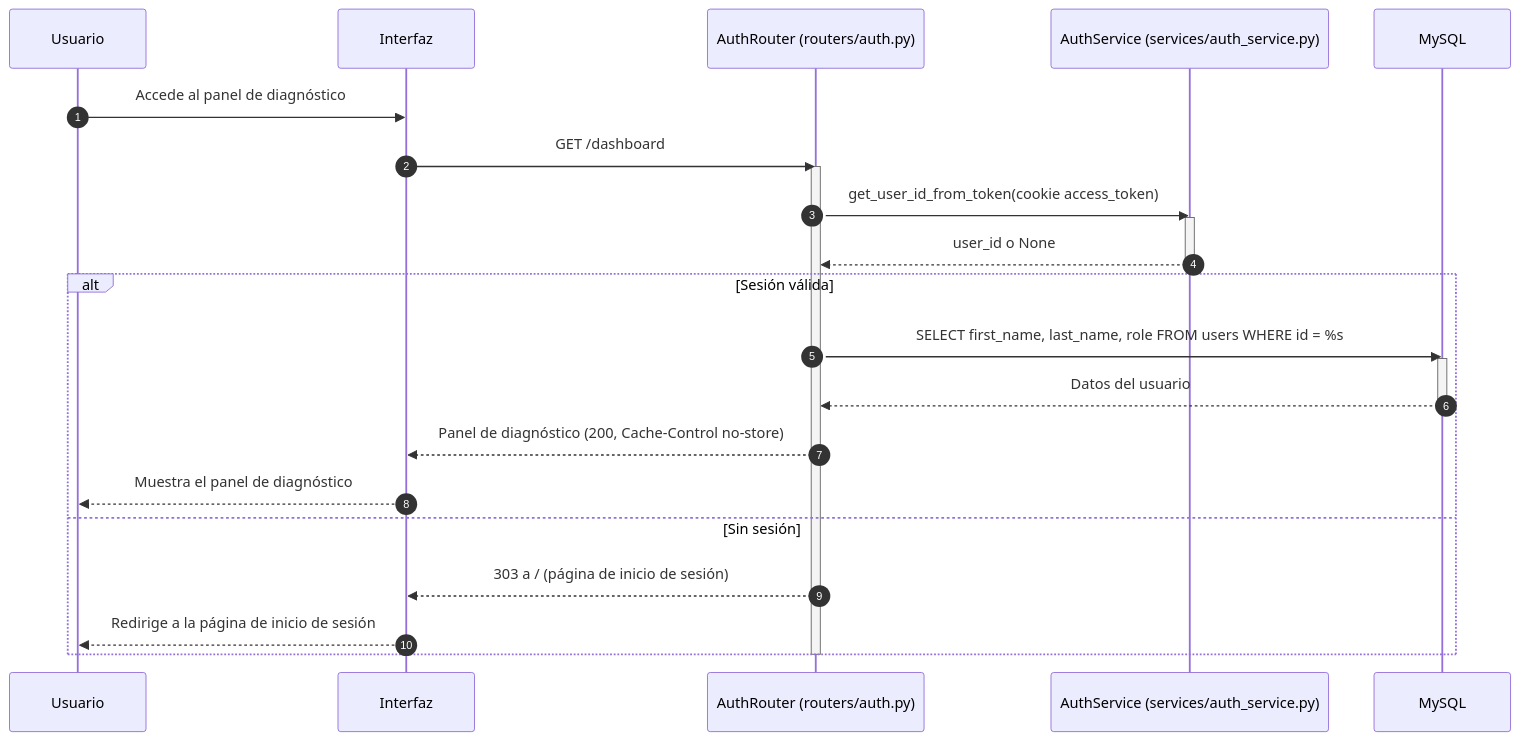
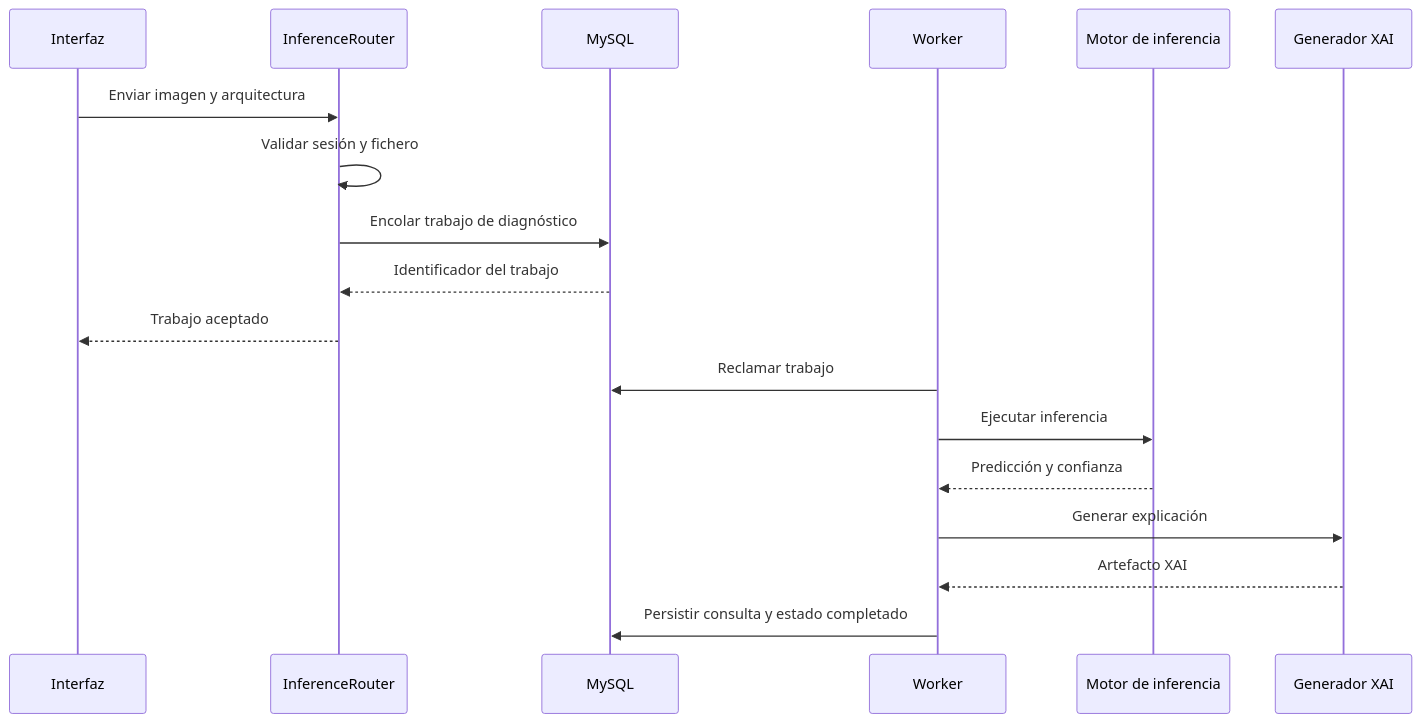
The second of 6 diagrams in Documentacion/Capitulo20_Diseno_de_Casos_de_Uso.md (eLeCe2611/vitalXAI), drawn with Mermaid before and after one commit. The commit also changed other lines of this file and 42 other files, not shown here.

````diff
--- a/Documentacion/Capitulo20_Diseno_de_Casos_de_Uso.md
+++ b/Documentacion/Capitulo20_Diseno_de_Casos_de_Uso.md
@@ -410,29 +51,20 @@
 ```mermaid
 sequenceDiagram
-    autonumber
-    participant U as Usuario
     participant I as Interfaz
-    participant R as AuthRouter (routers/auth.py)
-    participant S as AuthService (services/auth_service.py)
-    participant BD as MySQL
-
-    U->>I: Accede al panel de diagnóstico
-    I->>R: GET /dashboard
-    activate R
-    R->>S: get_user_id_from_token(cookie access_token)
-    activate S
-    S-->>R: user_id o None
-    deactivate S
-    alt Sesión válida
-        R->>BD: SELECT first_name, last_name, role FROM users WHERE id = %s
-        activate BD
-        BD-->>R: Datos del usuario
-        deactivate BD
-        R-->>I: Panel de diagnóstico (200, Cache-Control no-store)
-        I-->>U: Muestra el panel de diagnóstico
-    else Sin sesión
-        R-->>I: 303 a / (página de inicio de sesión)
-        I-->>U: Redirige a la página de inicio de sesión
-    end
-    deactivate R
+    participant R as InferenceRouter
+    participant DB as MySQL
+    participant W as Worker
+    participant ML as Motor de inferencia
+    participant X as Generador XAI
+    I->>R: Enviar imagen y arquitectura
+    R->>R: Validar sesión y fichero
+    R->>DB: Encolar trabajo de diagnóstico
+    DB-->>R: Identificador del trabajo
+    R-->>I: Trabajo aceptado
+    W->>DB: Reclamar trabajo
+    W->>ML: Ejecutar inferencia
+    ML-->>W: Predicción y confianza
+    W->>X: Generar explicación
+    X-->>W: Artefacto XAI
+    W->>DB: Persistir consulta y estado completado
 ```
````
